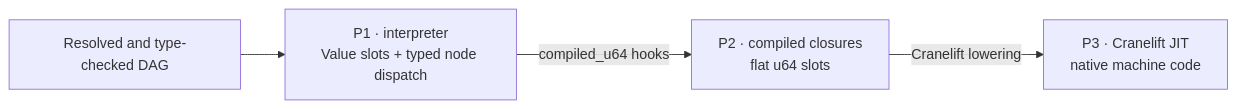
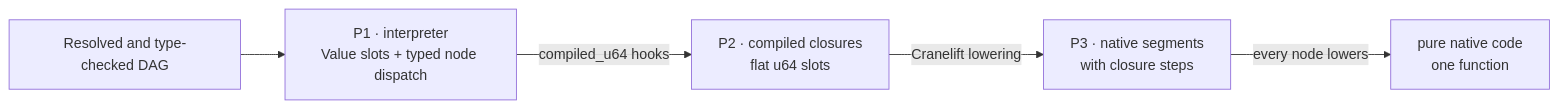
The second of 2 diagrams in crates/polydat/docs/guides/performance.md (nosqlbench/polydat), drawn with Mermaid before and after one commit. The commit also changed other lines of this file and 33 other files, not shown here.

````diff
--- a/crates/polydat/docs/guides/performance.md
+++ b/crates/polydat/docs/guides/performance.md
@@ -91,11 +92,13 @@
 ```mermaid
 flowchart LR
     G["Resolved and type-checked DAG"]
     P1["P1 · interpreter<br/>Value slots + typed node dispatch"]
     P2["P2 · compiled closures<br/>flat u64 slots"]
-    P3["P3 · Cranelift JIT<br/>native machine code"]
+    P3["P3 · native segments<br/>with closure steps"]
+    PURE["pure native code<br/>one function"]
 
     G --> P1
     P1 -->|"compiled_u64 hooks"| P2
     P2 -->|"Cranelift lowering"| P3
+    P3 -->|"every node lowers"| PURE
 ```
````
